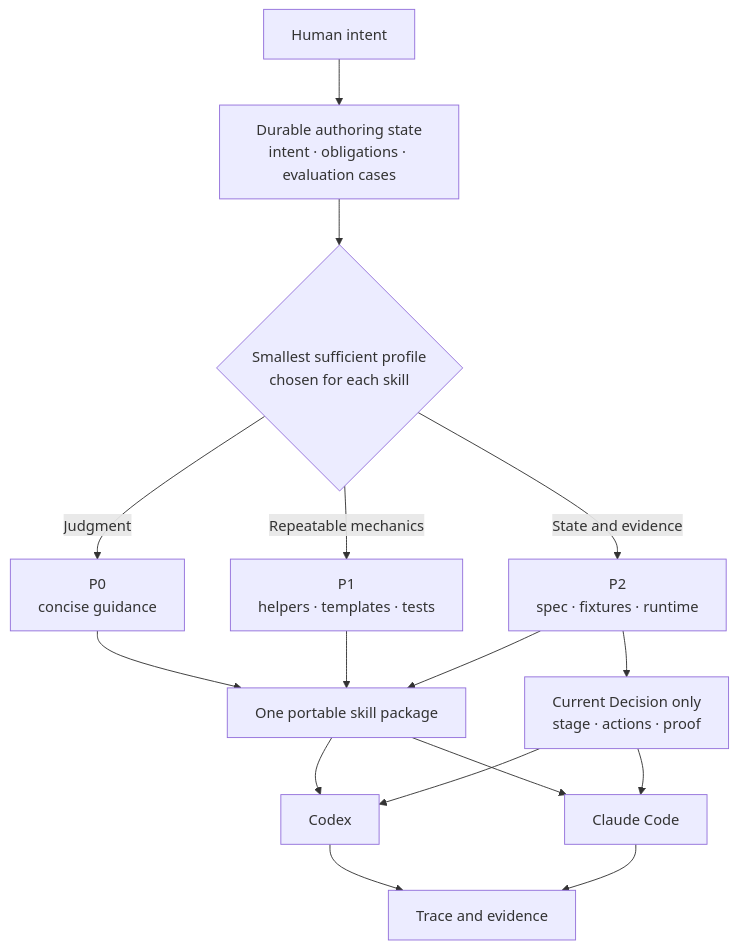
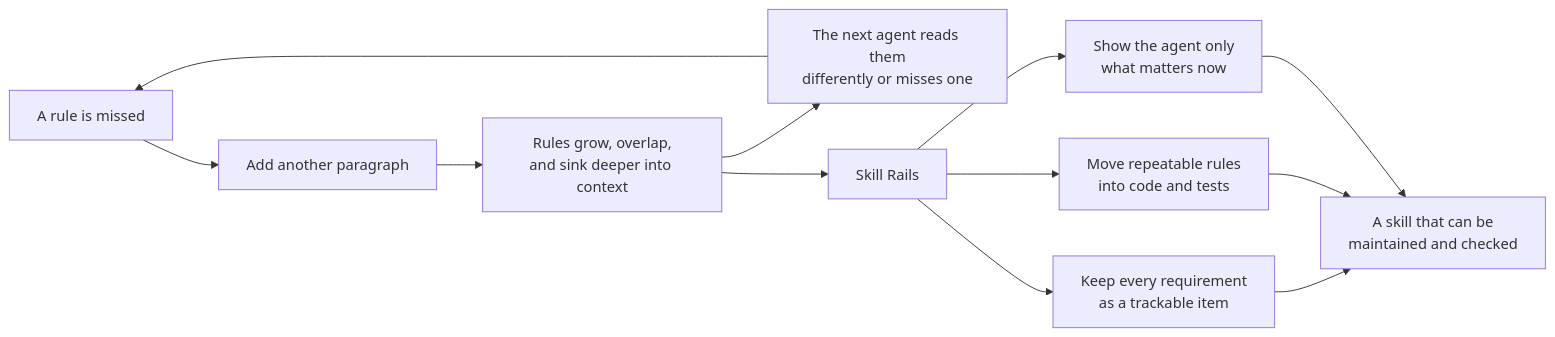
The diagram in README.md (nanomia-ai/skill-rails), drawn with Mermaid before and after one commit. The commit also changed other lines of this file and 4 other files, not shown here.

Commit message:
docs: explain the Skill Rails model from first principles

````diff
--- a/README.md
+++ b/README.md
@@ -21,18 +15,14 @@
 ```mermaid
-flowchart TB
-    H["Human intent"] --> A["Durable authoring state<br/>intent · obligations · evaluation cases"]
-    A --> P{"Smallest sufficient profile<br/>chosen for each skill"}
-    P -->|Judgment| P0["P0<br/>concise guidance"]
-    P -->|Repeatable mechanics| P1["P1<br/>helpers · templates · tests"]
-    P -->|State and evidence| P2["P2<br/>spec · fixtures · runtime"]
-    P0 --> S["One portable skill package"]
-    P1 --> S
-    P2 --> S
-    P2 --> D["Current Decision only<br/>stage · actions · proof"]
-    S --> C["Codex"]
-    S --> L["Claude Code"]
-    D --> C
-    D --> L
-    C --> E["Trace and evidence"]
-    L --> E
+flowchart LR
+    A["A rule is missed"] --> B["Add another paragraph"]
+    B --> C["Rules grow, overlap,<br/>and sink deeper into context"]
+    C --> D["The next agent reads them<br/>differently or misses one"]
+    D --> A
+    C --> E["Skill Rails"]
+    E --> F["Keep every requirement<br/>as a trackable item"]
+    E --> G["Move repeatable rules<br/>into code and tests"]
+    E --> H["Show the agent only<br/>what matters now"]
+    F --> I["A skill that can be<br/>maintained and checked"]
+    G --> I
+    H --> I
 ```
````
